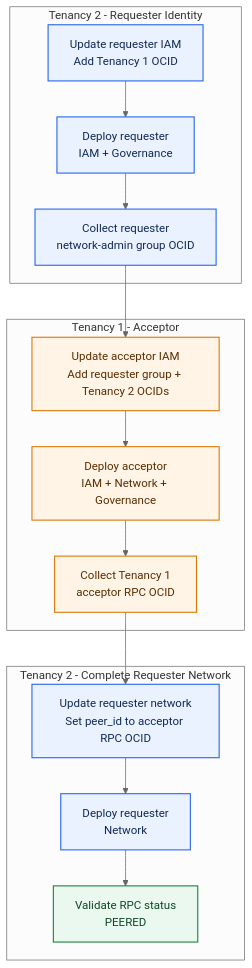
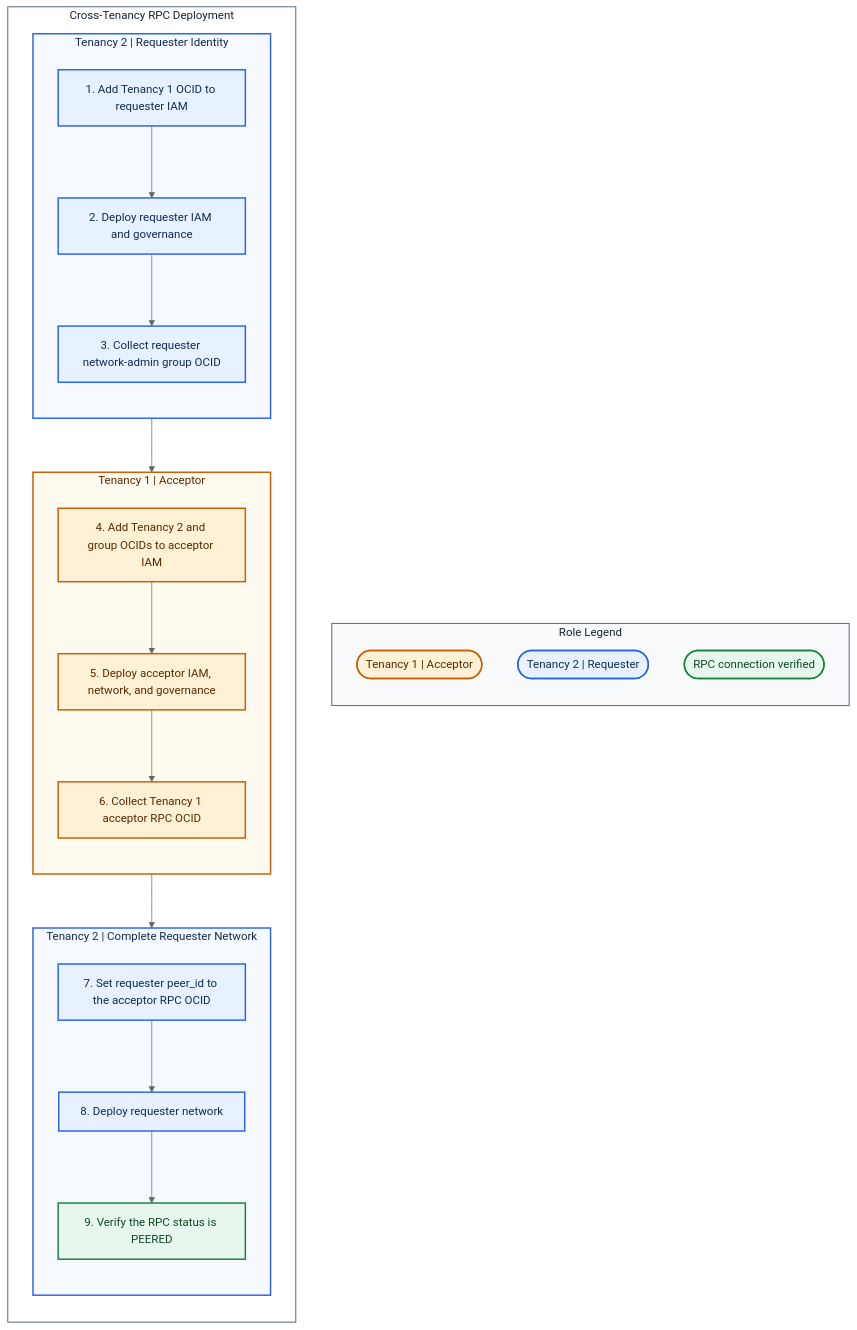
One commit to oci-landing-zones/oci-landing-zone-operating-entities changed the diagram in addons/oci-x-rpc/execution.md. Above: the diagram before and after it, drawn with Mermaid (neutral theme).

Commit message:
Improve X-RPC execution flow diagram

````diff
--- a/addons/oci-x-rpc/execution.md
+++ b/addons/oci-x-rpc/execution.md
@@ -13,33 +13,55 @@
 ```mermaid
-flowchart TD
-    subgraph REQUESTER_IDENTITY["Tenancy 2 - Requester Identity"]
-        A["Update requester IAM<br/>Add Tenancy 1 OCID"]
-        B["Deploy requester<br/>IAM + Governance"]
-        C["Collect requester<br/>network-admin group OCID"]
-        A --> B --> C
+flowchart LR
+    subgraph PROCESS["Cross-Tenancy RPC Deployment"]
+        direction TB
+
+        subgraph REQUESTER_IDENTITY["Tenancy 2 | Requester Identity"]
+            direction TB
+            A["1. Add Tenancy 1 OCID to requester IAM"]
+            B["2. Deploy requester IAM and governance"]
+            C["3. Collect requester network-admin group OCID"]
+            A --> B --> C
+        end
+
+        subgraph ACCEPTOR["Tenancy 1 | Acceptor"]
+            direction TB
+            D["4. Add Tenancy 2 and group OCIDs to acceptor IAM"]
+            E["5. Deploy acceptor IAM, network, and governance"]
+            F["6. Collect Tenancy 1 acceptor RPC OCID"]
+            D --> E --> F
+        end
+
+        subgraph REQUESTER_NETWORK["Tenancy 2 | Complete Requester Network"]
+            direction TB
+            G["7. Set requester peer_id to the acceptor RPC OCID"]
+            H["8. Deploy requester network"]
+            I["9. Verify the RPC status is PEERED"]
+            G --> H --> I
+        end
+
+        C --> D
+        F --> G
     end
 
-    subgraph ACCEPTOR["Tenancy 1 - Acceptor"]
-        D["Update acceptor IAM<br/>Add requester group + Tenancy 2 OCIDs"]
-        E["Deploy acceptor<br/>IAM + Network + Governance"]
-        F["Collect Tenancy 1<br/>acceptor RPC OCID"]
-        D --> E --> F
+    subgraph LEGEND["Role Legend"]
+        direction TB
+        L1(["Tenancy 1 | Acceptor"])
+        L2(["Tenancy 2 | Requester"])
+        L3(["RPC connection verified"])
     end
 
-    subgraph REQUESTER_NETWORK["Tenancy 2 - Complete Requester Network"]
-        G["Update requester network<br/>Set peer_id to acceptor RPC OCID"]
-        H["Deploy requester<br/>Network"]
-        I["Validate RPC status<br/>PEERED"]
-        G --> H --> I
-    end
+    I ~~~ L3
 
-    C --> D
-    F --> G
+    classDef tenancy1 fill:#fff1d6,stroke:#c65d00,color:#572800,stroke-width:2px;
+    classDef tenancy2 fill:#e8f1ff,stroke:#2563eb,color:#102a56,stroke-width:2px;
+    classDef verified fill:#e8f7ed,stroke:#16803c,color:#0e4723,stroke-width:2px;
+    class A,B,C,G,H,L2 tenancy2;
+    class D,E,F,L1 tenancy1;
+    class I,L3 verified;
 
-    classDef requester fill:#eaf2ff,stroke:#2563eb,color:#102a56,stroke-width:1.5px;
-    classDef acceptor fill:#fff4e5,stroke:#d97706,color:#5a2d00,stroke-width:1.5px;
-    classDef validation fill:#eaf8ef,stroke:#16803c,color:#0e4723,stroke-width:1.5px;
-    class A,B,C,G,H requester;
-    class D,E,F acceptor;
-    class I validation;
+    style PROCESS fill:#ffffff,stroke:#64748b,stroke-width:1.5px,color:#172033
+    style REQUESTER_IDENTITY fill:#f6f9ff,stroke:#2563eb,stroke-width:2px,color:#102a56
+    style ACCEPTOR fill:#fffaf0,stroke:#c65d00,stroke-width:2px,color:#572800
+    style REQUESTER_NETWORK fill:#f6f9ff,stroke:#2563eb,stroke-width:2px,color:#102a56
+    style LEGEND fill:#f8fafc,stroke:#64748b,stroke-width:1.5px,color:#172033
 ```
````
